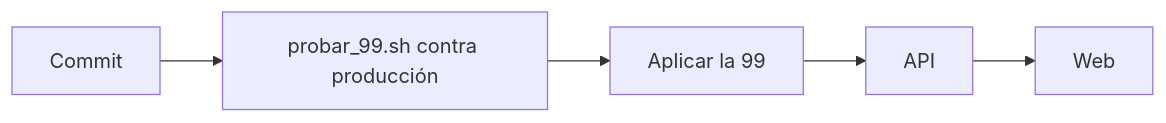
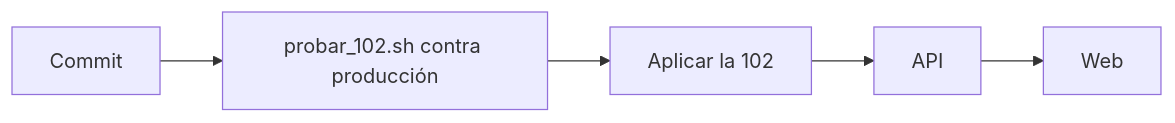
Before and after one commit to mchssj/v34frag: the diagram in docs/bitacora/2026-11-09-pcw-chat-de-equipo/GUIA_IMPLEMENTACION.md, drawn with Mermaid. The commit also changed other lines of this file and 41 other files, not shown here.

````diff
--- a/docs/bitacora/2026-11-09-pcw-chat-de-equipo/GUIA_IMPLEMENTACION.md
+++ b/docs/bitacora/2026-11-09-pcw-chat-de-equipo/GUIA_IMPLEMENTACION.md
@@ -27,7 +27,7 @@
 ```mermaid
 flowchart LR
-  A[Commit] --> B[probar_99.sh contra producción]
-  B --> C[Aplicar la 99]
+  A[Commit] --> B[probar_102.sh contra producción]
+  B --> C[Aplicar la 102]
   C --> D[API]
   D --> E[Web]
 ```
````
